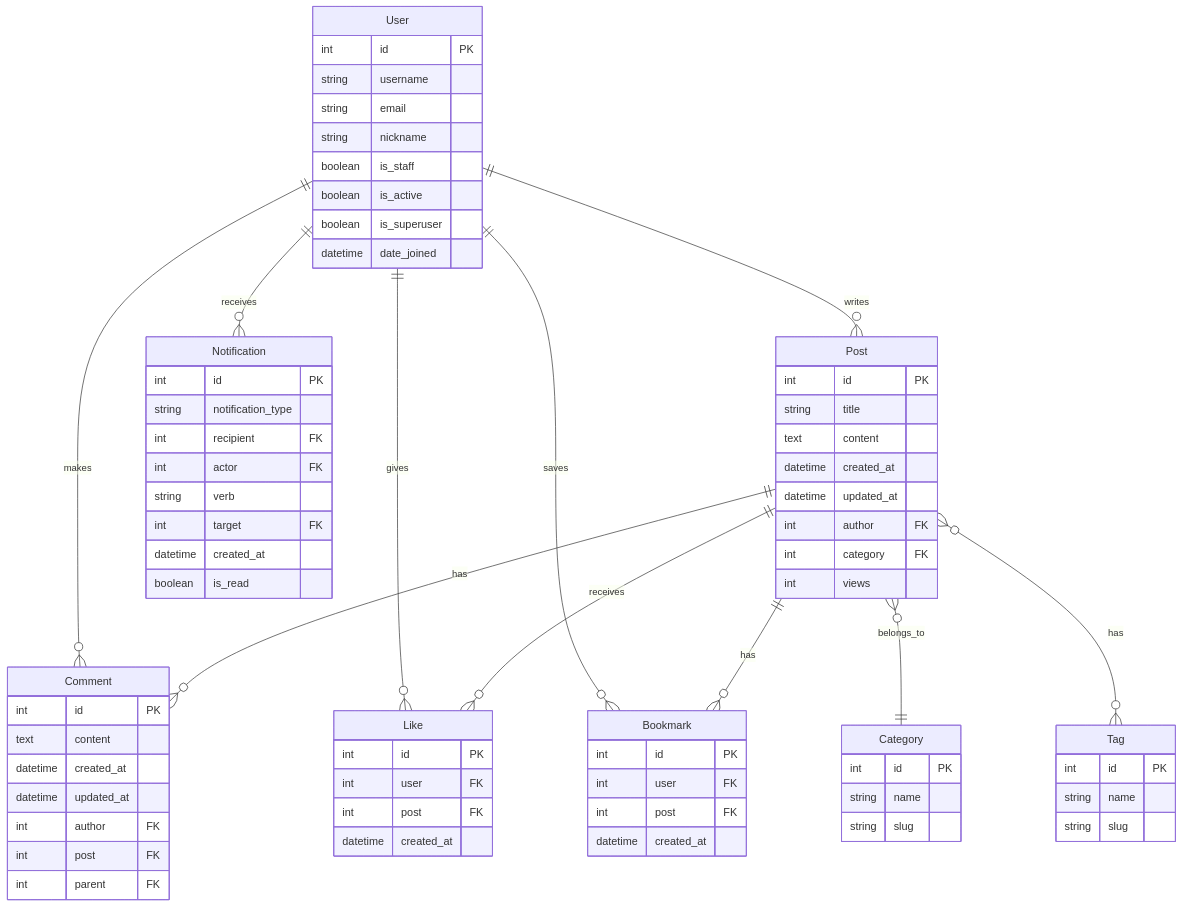
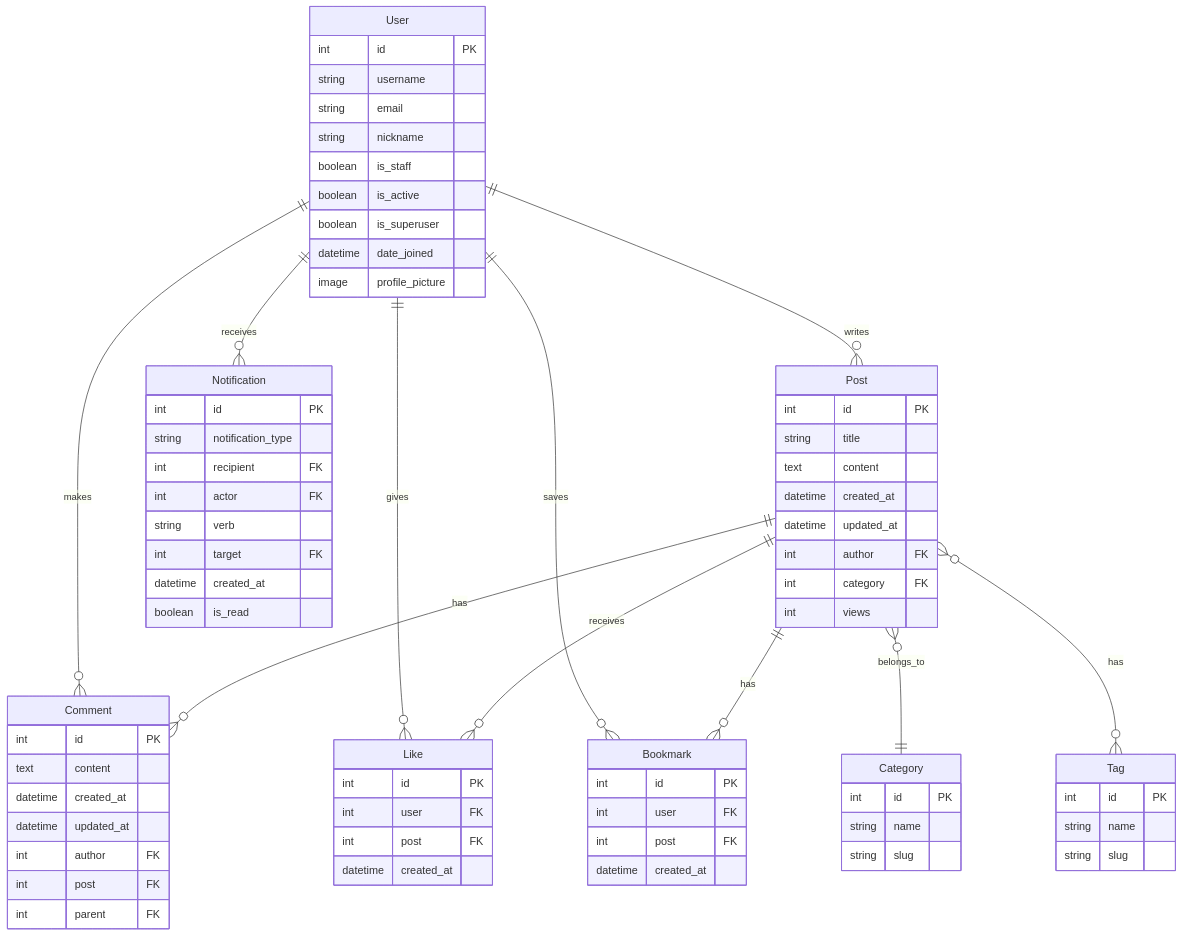
Before and after one commit to Yoo117/Practice-Repository: the second of 2 diagrams in README.md, drawn with Mermaid.

Commit message:
README 업데이트

```diff
--- a/README.md
+++ b/README.md
@@ -120,6 +120,7 @@
         boolean is_active
         boolean is_superuser
         datetime date_joined
+        image profile_picture
     }
 
     Post {
```
